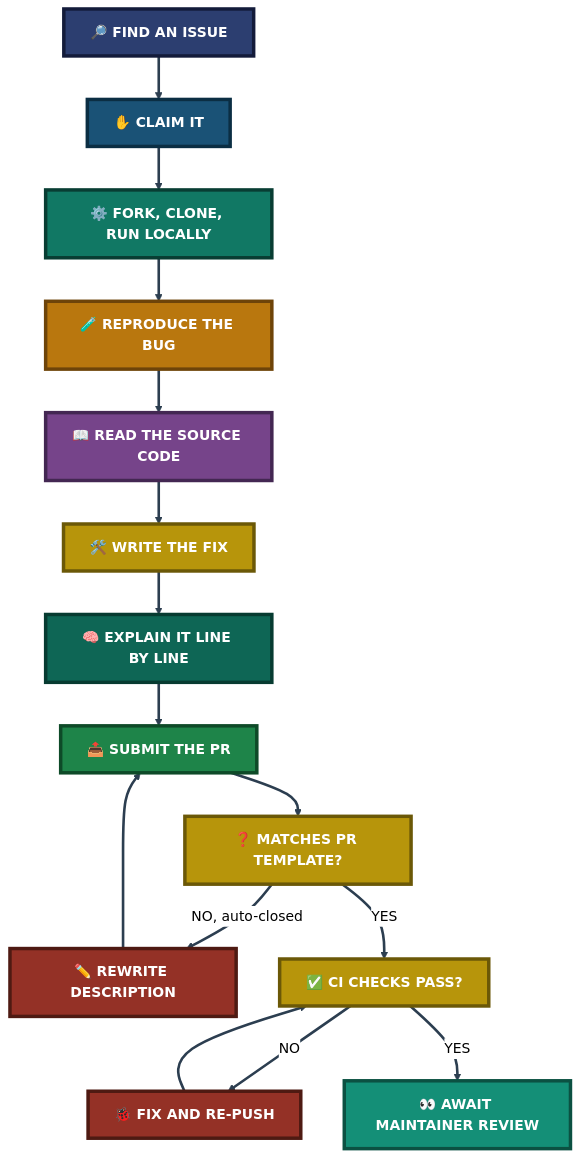
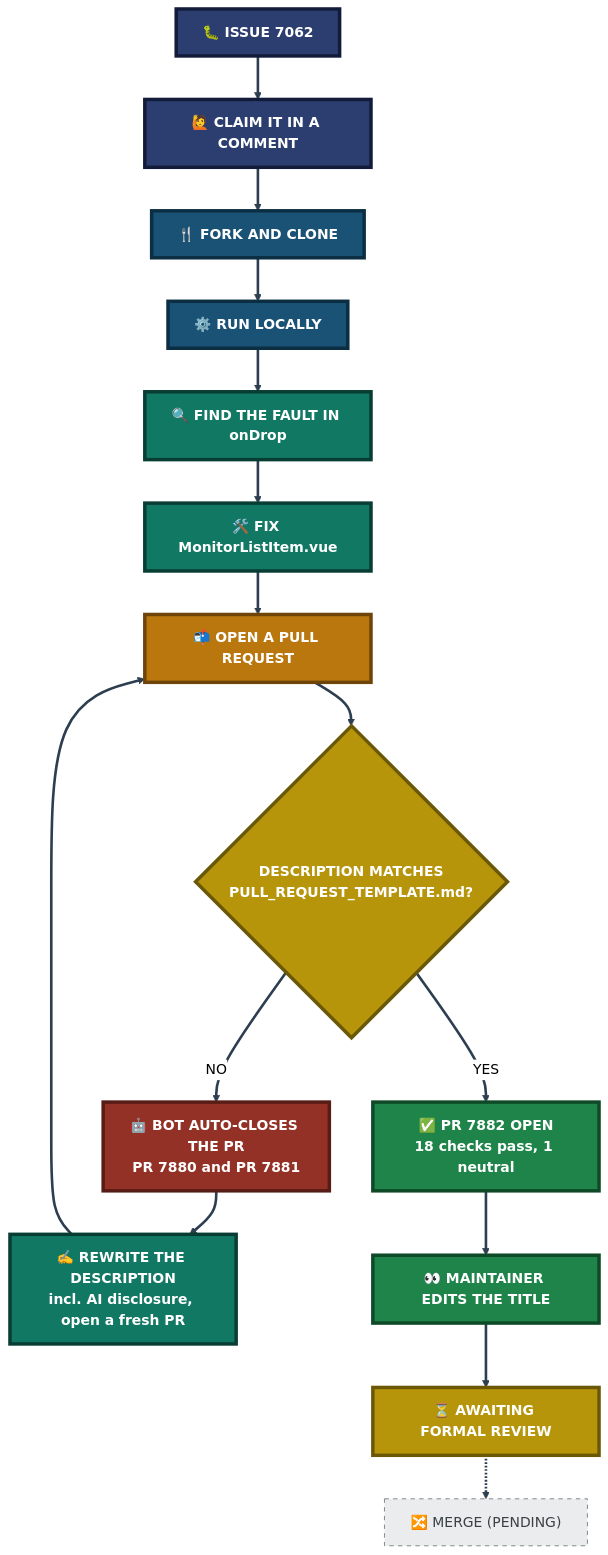
The fourth of 4 diagrams in project-4-uptime-kuma-open-source-contribution/README.md (malaika-azhar/Real-World-Tier2-Support-Projects), drawn with Mermaid (neutral theme) before and after one commit. The commit also changed other lines of this file, not shown here.

````diff
--- a/project-4-uptime-kuma-open-source-contribution/README.md
+++ b/project-4-uptime-kuma-open-source-contribution/README.md
@@ -270,40 +415,28 @@
 ```mermaid
 flowchart TB
-    Find["🔎 FIND AN ISSUE"]:::findClass
-    Claim["✋ CLAIM IT"]:::claimClass
-    Setup["⚙️ FORK, CLONE, RUN LOCALLY"]:::setupClass
-    Repro["🧪 REPRODUCE THE BUG"]:::reproClass
-    Read["📖 READ THE SOURCE CODE"]:::readClass
-    Fix["🛠️ WRITE THE FIX"]:::fixClass
-    Understand["🧠 EXPLAIN IT LINE BY LINE"]:::understandClass
-    Submit["📤 SUBMIT THE PR"]:::submitClass
-    Template["❓ MATCHES PR TEMPLATE?"]:::templateClass
-    Rewrite["✏️ REWRITE DESCRIPTION"]:::rewriteClass
-    Checks["✅ CI CHECKS PASS?"]:::checksClass
-    Debug["🐞 FIX AND RE-PUSH"]:::debugClass
-    Review["👀 AWAIT MAINTAINER REVIEW"]:::reviewClass
+    A["🐛 ISSUE 7062"]:::a --> B["🙋 CLAIM IT IN A COMMENT"]:::a
+    B --> C["🍴 FORK AND CLONE"]:::b
+    C --> D["⚙️ RUN LOCALLY"]:::b
+    D --> E["🔍 FIND THE FAULT IN onDrop"]:::c
+    E --> F["🛠️ FIX MonitorListItem.vue"]:::c
+    F --> G["📬 OPEN A PULL REQUEST"]:::d
+    G --> H{"DESCRIPTION MATCHES<br/>PULL_REQUEST_TEMPLATE.md?"}:::q
+    H -->|NO| I["🤖 BOT AUTO-CLOSES THE PR<br/>PR 7880 and PR 7881"]:::bad
+    I --> J["✍️ REWRITE THE DESCRIPTION<br/>incl. AI disclosure, open a fresh PR"]:::c
+    J --> G
+    H -->|YES| K["✅ PR 7882 OPEN<br/>18 checks pass, 1 neutral"]:::ok
+    K --> L["👀 MAINTAINER EDITS THE TITLE"]:::ok
+    L --> M["⏳ AWAITING FORMAL REVIEW"]:::wait
+    M -.-> N["🔀 MERGE (PENDING)"]:::pending
 
-    Find --> Claim --> Setup --> Repro --> Read --> Fix --> Understand --> Submit --> Template
-    Template -->|NO, auto-closed| Rewrite
-    Rewrite --> Submit
-    Template -->|YES| Checks
-    Checks -->|NO| Debug
-    Debug --> Checks
-    Checks -->|YES| Review
-
-    classDef findClass fill:#2C3E70,stroke:#131B3A,stroke-width:4px,color:#FFFFFF,font-weight:bold
-    classDef claimClass fill:#1A5276,stroke:#0B2E43,stroke-width:4px,color:#FFFFFF,font-weight:bold
-    classDef setupClass fill:#117864,stroke:#083D33,stroke-width:4px,color:#FFFFFF,font-weight:bold
-    classDef reproClass fill:#B9770E,stroke:#6E4409,stroke-width:4px,color:#FFFFFF,font-weight:bold
-    classDef readClass fill:#76448A,stroke:#432752,stroke-width:4px,color:#FFFFFF,font-weight:bold
-    classDef fixClass fill:#B7950B,stroke:#6B5807,stroke-width:4px,color:#FFFFFF,font-weight:bold
-    classDef understandClass fill:#0E6655,stroke:#073B31,stroke-width:4px,color:#FFFFFF,font-weight:bold
-    classDef submitClass fill:#1E8449,stroke:#0E4A28,stroke-width:4px,color:#FFFFFF,font-weight:bold
-    classDef templateClass fill:#B7950B,stroke:#6B5807,stroke-width:4px,color:#FFFFFF,font-weight:bold
-    classDef rewriteClass fill:#943126,stroke:#4E1A12,stroke-width:4px,color:#FFFFFF,font-weight:bold
-    classDef checksClass fill:#B7950B,stroke:#6B5807,stroke-width:4px,color:#FFFFFF,font-weight:bold
-    classDef debugClass fill:#943126,stroke:#4E1A12,stroke-width:4px,color:#FFFFFF,font-weight:bold
-    classDef reviewClass fill:#148F77,stroke:#0B5142,stroke-width:4px,color:#FFFFFF,font-weight:bold
-
+    classDef a fill:#2C3E70,stroke:#131B3A,stroke-width:4px,color:#FFFFFF,font-weight:bold
+    classDef b fill:#1A5276,stroke:#0B2E43,stroke-width:4px,color:#FFFFFF,font-weight:bold
+    classDef c fill:#117864,stroke:#083D33,stroke-width:4px,color:#FFFFFF,font-weight:bold
+    classDef d fill:#B9770E,stroke:#6E4409,stroke-width:4px,color:#FFFFFF,font-weight:bold
+    classDef q fill:#B7950B,stroke:#6B5807,stroke-width:4px,color:#FFFFFF,font-weight:bold
+    classDef bad fill:#943126,stroke:#571C16,stroke-width:4px,color:#FFFFFF,font-weight:bold
+    classDef ok fill:#1E8449,stroke:#0E4A28,stroke-width:4px,color:#FFFFFF,font-weight:bold
+    classDef wait fill:#B7950B,stroke:#6B5807,stroke-width:4px,color:#FFFFFF,font-weight:bold
+    classDef pending fill:#EAECEE,stroke:#707B7C,color:#3B4142,stroke-dasharray: 5 5
     linkStyle default stroke:#2C3E50,stroke-width:3px
 ```
````
